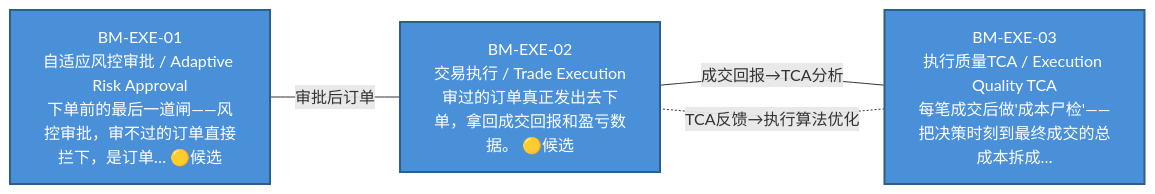
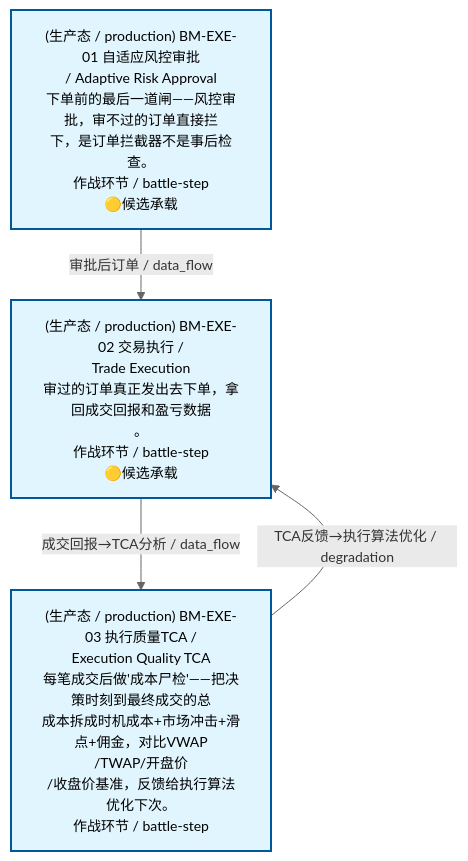
The diagram in docs/02_enterprise_architecture/07_trading_decision_architecture/battle_map/battle_map_05_execution.md (xuanFelixVan/ZephyrAlpha), drawn with Mermaid before and after one commit. The commit also changed other lines of this file and 10 other files, not shown here.

First line of the commit message:
feat(battle_map): 按可视化视图模板升级作战地图全部文档

````diff
--- a/docs/02_enterprise_architecture/07_trading_decision_architecture/battle_map/battle_map_05_execution.md
+++ b/docs/02_enterprise_architecture/07_trading_decision_architecture/battle_map/battle_map_05_execution.md
@@ -15,15 +38,18 @@
 ```mermaid
+%%{init: {'theme': 'base', 'themeVariables': {'primaryColor': '#eaeaea', 'primaryTextColor': '#333333', 'primaryBorderColor': '#666666', 'lineColor': '#666666', 'secondaryColor': '#eaeaea', 'tertiaryColor': '#eaeaea', 'clusterBkg': 'transparent', 'clusterBorder': 'transparent', 'fontSize': '14px'}}}%%
 %% 执行阶段图
-flowchart LR
-    BM_EXE_01["BM-EXE-01\n自适应风控审批 / Adaptive Risk Approval\n下单前的最后一道闸——风控审批，审不过的订单直接拦下，是订单… 🟡候选"]:::production
-    BM_EXE_02["BM-EXE-02\n交易执行 / Trade Execution\n审过的订单真正发出去下单，拿回成交回报和盈亏数据。 🟡候选"]:::production
-    BM_EXE_03["BM-EXE-03\n执行质量TCA / Execution Quality TCA\n每笔成交后做'成本尸检'——把决策时刻到最终成交的总成本拆成…"]:::production
-    BM_EXE_01 --- |审批后订单| BM_EXE_02
-    BM_EXE_02 --- |成交回报→TCA分析| BM_EXE_03
-    BM_EXE_03 -.- |TCA反馈→执行算法优化| BM_EXE_02
-classDef production fill:#4A90D9,stroke:#2C5F8A,color:#fff,stroke-width:2px;
-classDef design fill:#E8A33D,stroke:#B57520,color:#fff,stroke-width:2px,stroke-dasharray: 5 5;
-classDef deprecated fill:#D93636,stroke:#A02020,color:#fff,stroke-width:2px;
-classDef missing fill:#BBBBBB,stroke:#888888,color:#fff,stroke-width:2px;
-classDef candidate fill:#F4D03F,stroke:#B7950B,color:#000,stroke-width:2px;
+flowchart TD
+    BM_EXE_01["(生产态 / production) BM-EXE-01 自适应风控审批<br/>/ Adaptive Risk Approval<br/>下单前的最后一道闸——风控审批，审不过的订单直接拦<br/>下，是订单拦截器不是事后检查。<br/>作战环节 / battle-step<br/>🟡候选承载"]
+    BM_EXE_02["(生产态 / production) BM-EXE-02 交易执行 /<br/>Trade Execution<br/>审过的订单真正发出去下单，拿回成交回报和盈亏数据<br/>。<br/>作战环节 / battle-step<br/>🟡候选承载"]
+    BM_EXE_03["(生产态 / production) BM-EXE-03 执行质量TCA /<br/>Execution Quality TCA<br/>每笔成交后做'成本尸检'——把决策时刻到最终成交的总<br/>成本拆成时机成本+市场冲击+滑点+佣金，对比VWAP<br/>/TWAP/开盘价<br/>/收盘价基准，反馈给执行算法优化下次。<br/>作战环节 / battle-step"]
+    BM_EXE_02 ~~~ BM_EXE_03
+    BM_EXE_01 -->|审批后订单 / data_flow| BM_EXE_02
+    BM_EXE_02 -->|成交回报→TCA分析 / data_flow| BM_EXE_03
+    BM_EXE_03 -->|TCA反馈→执行算法优化 / degradation| BM_EXE_02
+classDef production fill:#e1f5fe,stroke:#01579b,stroke-width:2px,color:#000
+classDef design fill:#fff3e0,stroke:#e65100,stroke-width:2px,color:#000,stroke-dasharray: 5 5
+classDef deprecated fill:#ffebee,stroke:#c62828,stroke-width:2px,color:#000
+classDef missing fill:#eeeeee,stroke:#9e9e9e,stroke-width:2px,color:#000
+classDef candidate fill:#fffde7,stroke:#f9a825,stroke-width:2px,color:#000,stroke-dasharray: 5 5
+    class BM_EXE_01,BM_EXE_02,BM_EXE_03 production
 ```
````
